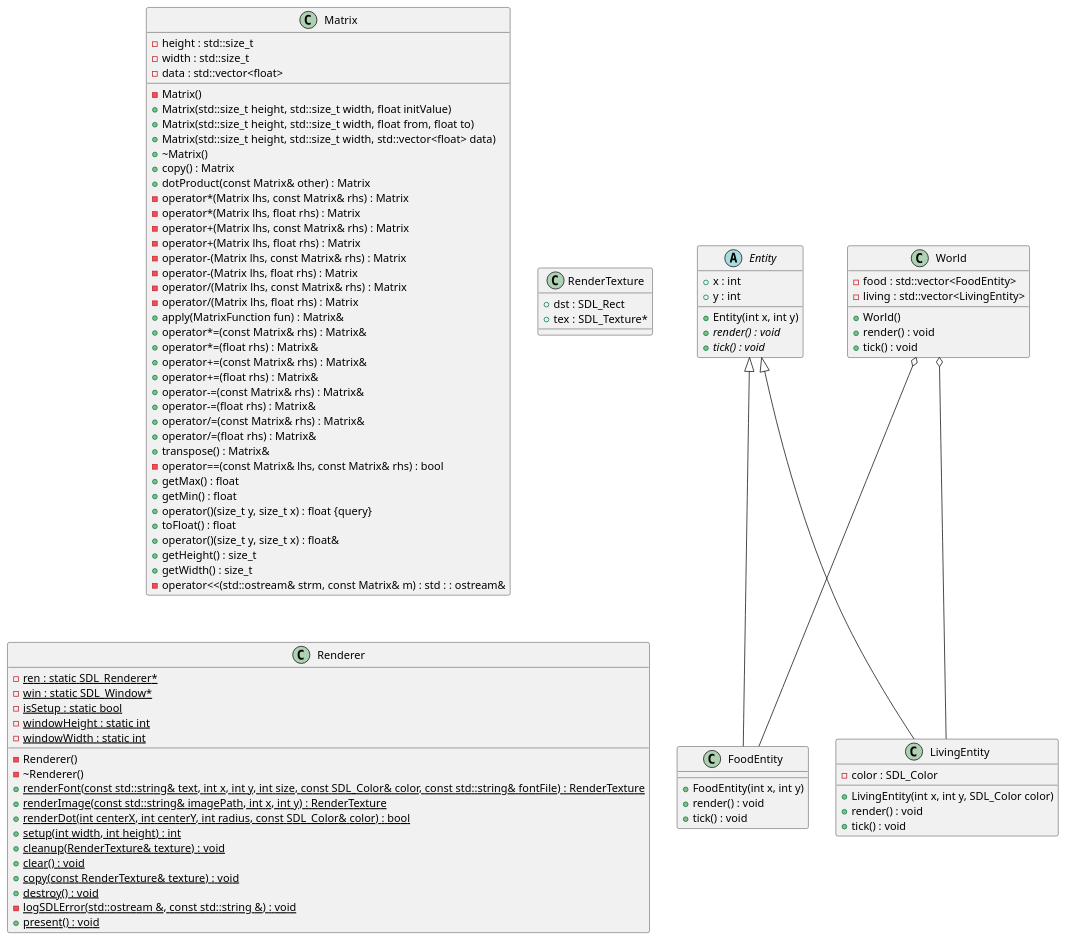
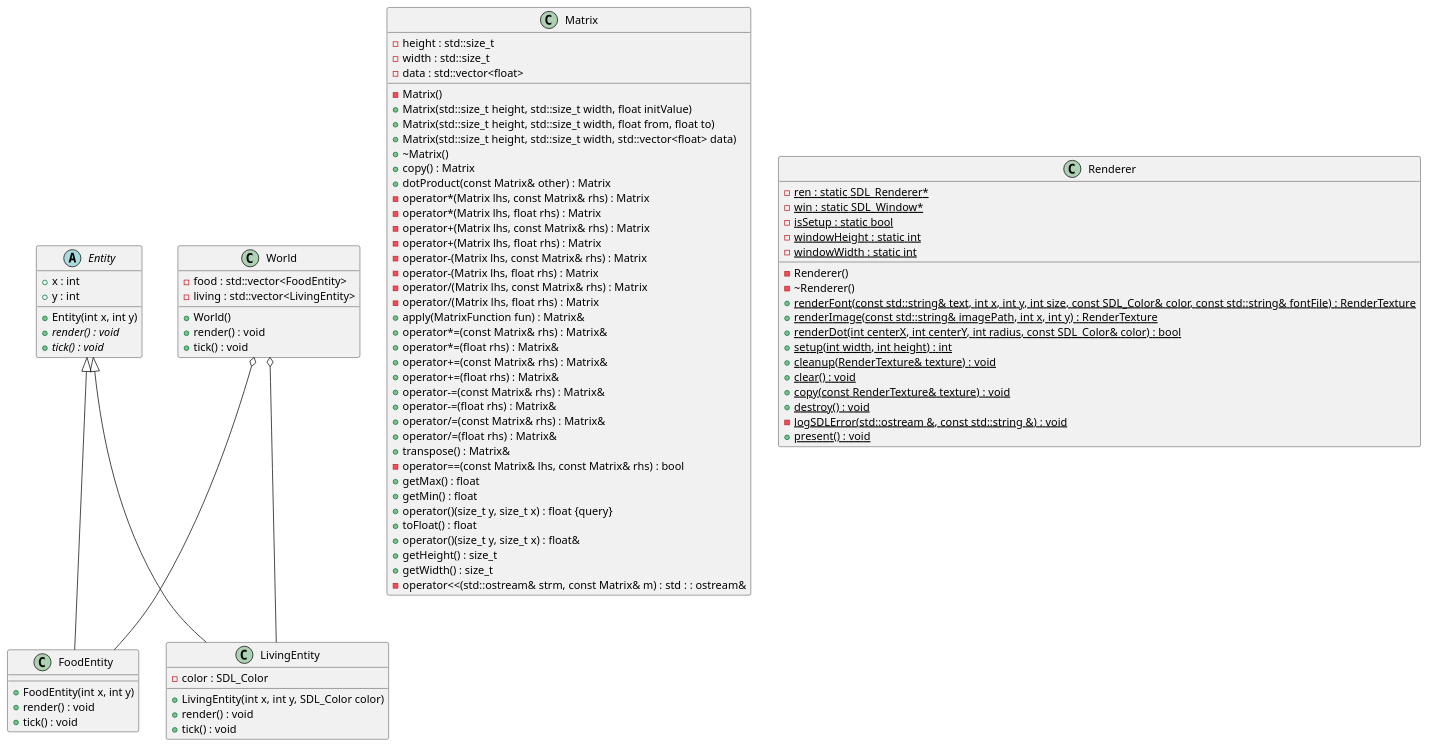
The diagram in doc/puml/overviewV1.puml (tobihanl/eragp), drawn with PlantUML before and after one commit. The commit also changed 6 other files, not shown here.

```diff
--- a/doc/puml/overviewV1.puml
+++ b/doc/puml/overviewV1.puml
@@ -1,134 +1,129 @@
 @startuml
 
 
 
 
 
 /' Objects '/
 
 abstract class Entity {
 	+Entity(int x, int y)
 	+x : int
 	+y : int
 	+{abstract} render() : void
 	+{abstract} tick() : void
 }
 
 
 class FoodEntity {
 	+FoodEntity(int x, int y)
 	+render() : void
 	+tick() : void
 }
 
 
 class LivingEntity {
 	+LivingEntity(int x, int y, SDL_Color color)
 	-color : SDL_Color
 	+render() : void
 	+tick() : void
 }
 
 
 class Matrix {
 	-Matrix()
 	+Matrix(std::size_t height, std::size_t width, float initValue)
 	+Matrix(std::size_t height, std::size_t width, float from, float to)
 	+Matrix(std::size_t height, std::size_t width, std::vector<float> data)
 	+~Matrix()
 	+copy() : Matrix
 	+dotProduct(const Matrix& other) : Matrix
 	-operator*(Matrix lhs, const Matrix& rhs) : Matrix
 	-operator*(Matrix lhs, float rhs) : Matrix
 	-operator+(Matrix lhs, const Matrix& rhs) : Matrix
 	-operator+(Matrix lhs, float rhs) : Matrix
 	-operator-(Matrix lhs, const Matrix& rhs) : Matrix
 	-operator-(Matrix lhs, float rhs) : Matrix
 	-operator/(Matrix lhs, const Matrix& rhs) : Matrix
 	-operator/(Matrix lhs, float rhs) : Matrix
 	+apply(MatrixFunction fun) : Matrix&
 	+operator*=(const Matrix& rhs) : Matrix&
 	+operator*=(float rhs) : Matrix&
 	+operator+=(const Matrix& rhs) : Matrix&
 	+operator+=(float rhs) : Matrix&
 	+operator-=(const Matrix& rhs) : Matrix&
 	+operator-=(float rhs) : Matrix&
 	+operator/=(const Matrix& rhs) : Matrix&
 	+operator/=(float rhs) : Matrix&
 	+transpose() : Matrix&
 	-operator==(const Matrix& lhs, const Matrix& rhs) : bool
 	+getMax() : float
 	+getMin() : float
 	+operator()(size_t y, size_t x) : float {query}
 	+toFloat() : float
 	+operator()(size_t y, size_t x) : float&
 	+getHeight() : size_t
 	+getWidth() : size_t
 	-operator<<(std::ostream& strm, const Matrix& m) : std : : ostream&
 	-height : std::size_t
 	-width : std::size_t
 	-data : std::vector<float>
 }
 
 
-class RenderTexture {
-	+dst : SDL_Rect
-	+tex : SDL_Texture*
-}
-
 
 class Renderer {
 	-Renderer()
 	-~Renderer()
 	+{static} renderFont(const std::string& text, int x, int y, int size, const SDL_Color& color, const std::string& fontFile) : RenderTexture
 	+{static} renderImage(const std::string& imagePath, int x, int y) : RenderTexture
 	+{static} renderDot(int centerX, int centerY, int radius, const SDL_Color& color) : bool
 	+{static} setup(int width, int height) : int
 	-{static} ren : static SDL_Renderer*
 	-{static} win : static SDL_Window*
 	-{static} isSetup : static bool
 	-{static} windowHeight : static int
 	-{static} windowWidth : static int
 	+{static} cleanup(RenderTexture& texture) : void
 	+{static} clear() : void
 	+{static} copy(const RenderTexture& texture) : void
 	+{static} destroy() : void
 	-{static} logSDLError(std::ostream &, const std::string &) : void
 	+{static} present() : void
 }
 
 
 class World {
 	+World()
 	-food : std::vector<FoodEntity>
 	-living : std::vector<LivingEntity>
 	+render() : void
 	+tick() : void
 }
 
 
 
 
 
 /' Inheritance relationships '/
 
 Entity <|-- FoodEntity
 
 
 Entity <|-- LivingEntity
 
 
 
 
 
 /' Aggregation relationships '/
 
 World o-- FoodEntity
 
 
 World o-- LivingEntity
 
 
 
 
 @enduml
```
